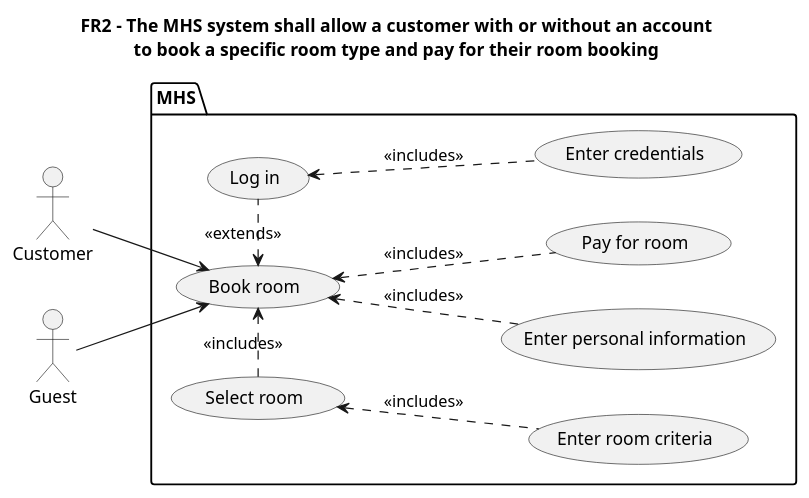
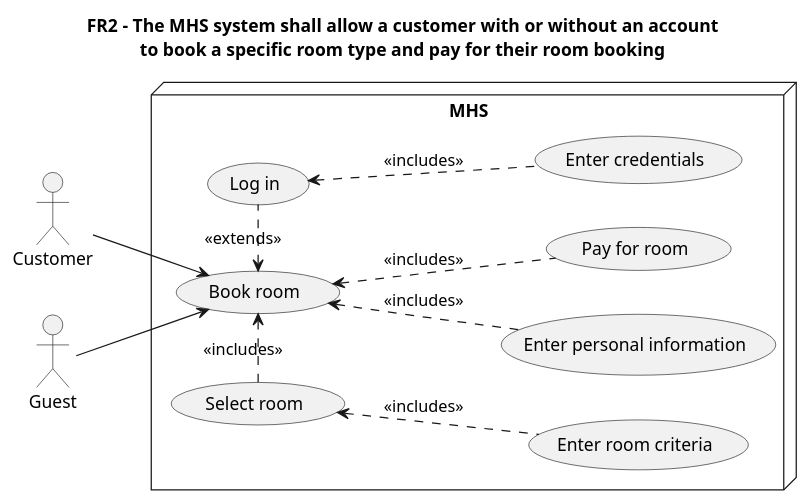
Before and after one commit to notkaramel/ECSE321-Mar1HotelSystem: the diagram in documentation/UMLCodes/FR2UCDiagram.plantuml, drawn with PlantUML. The commit also changed 1 other file, not shown here.

```diff
--- a/documentation/UMLCodes/FR2UCDiagram.plantuml
+++ b/documentation/UMLCodes/FR2UCDiagram.plantuml
@@ -1,34 +1,34 @@
 @startuml CustomerUC
 title
 FR2 - The MHS system shall allow a customer with or without an account
 to book a specific room type and pay for their room booking
 end title
 
 left to right direction
 
 'Actor
 :Customer: as customer
 :Guest: as guest
 
 'Use cases
-package MHS {
+node MHS {
     (Book room) as UC1
     (Select room) as UC2
     (Pay for room) as UC3
     (Enter personal information) as UC4
     (Log in) as UC5
     (Enter credentials) as UC6
     (Enter room criteria) as UC7
 }
 
 'Associations
 customer --> UC1
 UC2 -right.> UC1: <<includes>>
 UC3 -up.> UC1: <<includes>>
 guest --> UC1
 UC4 -up.> UC1: <<includes>>
 UC5 -left.> UC1: <<extends>>
 UC6 -up.> UC5: <<includes>>
 UC7 -up.> UC2: <<includes>>
 
 @enduml
```
